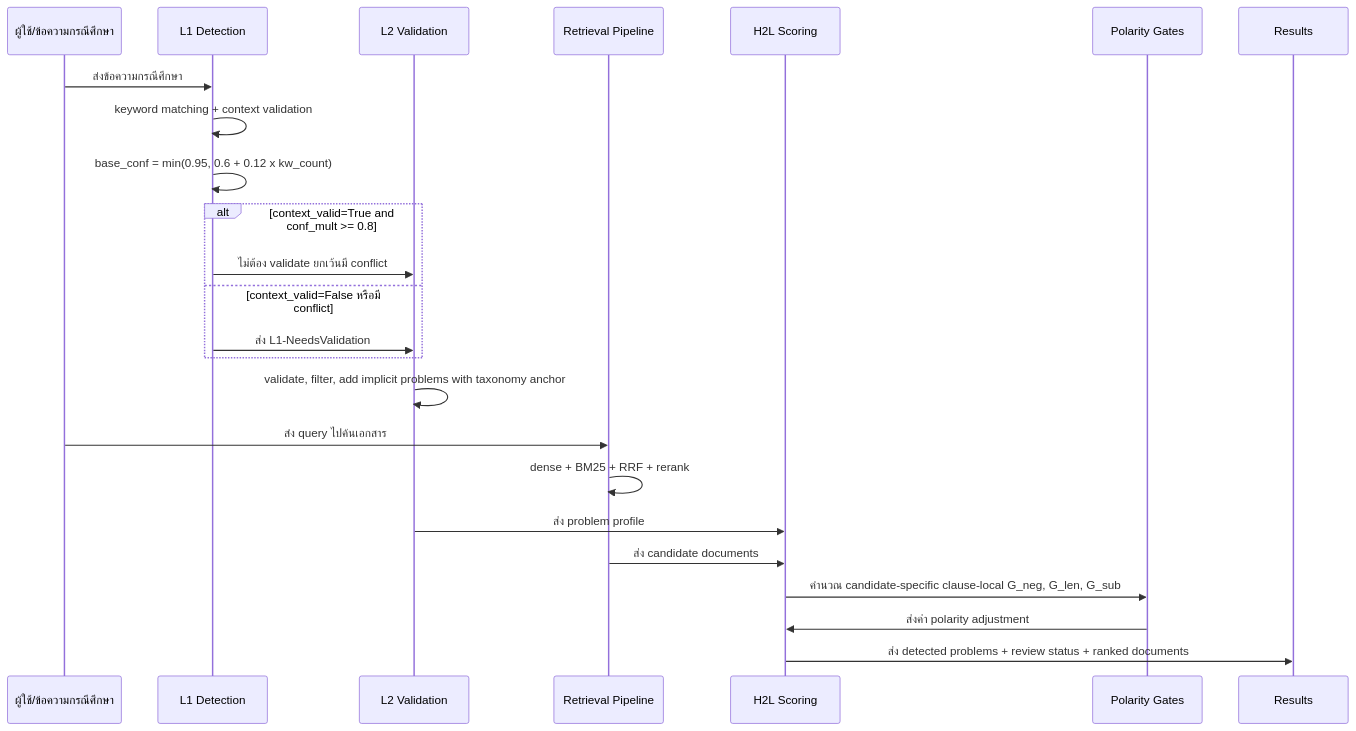
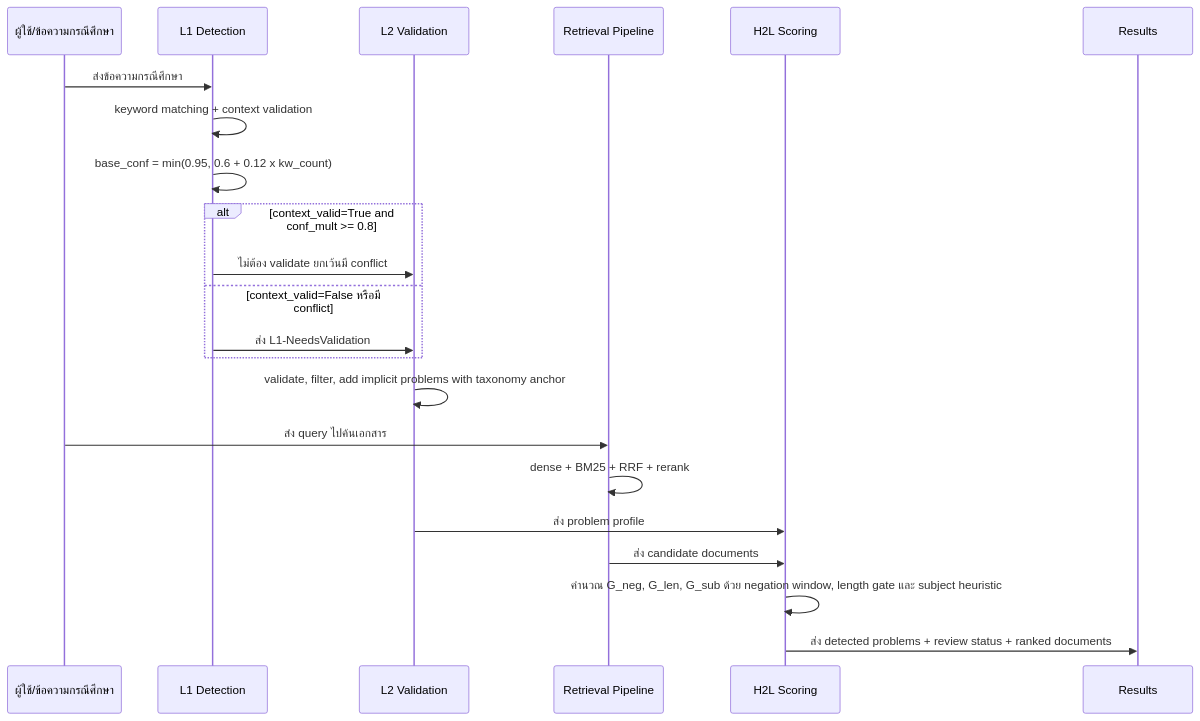
One commit to Mickeychay/thesis_one- changed the second of 5 diagrams in md_report/thesis_framework_and_math_flow.md. Above: the diagram before and after it, drawn with Mermaid. The commit also changed other lines of this file and 8 other files, not shown here.

````diff
--- a/md_report/thesis_framework_and_math_flow.md
+++ b/md_report/thesis_framework_and_math_flow.md
@@ -82,27 +80,25 @@
 ```mermaid
 sequenceDiagram
     participant User as ผู้ใช้/ข้อความกรณีศึกษา
     participant L1 as L1 Detection
     participant L2 as L2 Validation
     participant Ret as Retrieval Pipeline
     participant H2L as H2L Scoring
-    participant Gate as Polarity Gates
     participant Out as Results
 
     User->>L1: ส่งข้อความกรณีศึกษา
     L1->>L1: keyword matching + context validation
     L1->>L1: base_conf = min(0.95, 0.6 + 0.12 x kw_count)
     alt context_valid=True and conf_mult >= 0.8
         L1->>L2: ไม่ต้อง validate ยกเว้นมี conflict
     else context_valid=False หรือมี conflict
         L1->>L2: ส่ง L1-NeedsValidation
     end
     L2->>L2: validate, filter, add implicit problems with taxonomy anchor
     User->>Ret: ส่ง query ไปค้นเอกสาร
     Ret->>Ret: dense + BM25 + RRF + rerank
     L2->>H2L: ส่ง problem profile
     Ret->>H2L: ส่ง candidate documents
-    H2L->>Gate: คำนวณ candidate-specific clause-local G_neg, G_len, G_sub
-    Gate->>H2L: ส่งค่า polarity adjustment
+    H2L->>H2L: คำนวณ G_neg, G_len, G_sub ด้วย negation window, length gate และ subject heuristic
     H2L->>Out: ส่ง detected problems + review status + ranked documents
 ```
````
